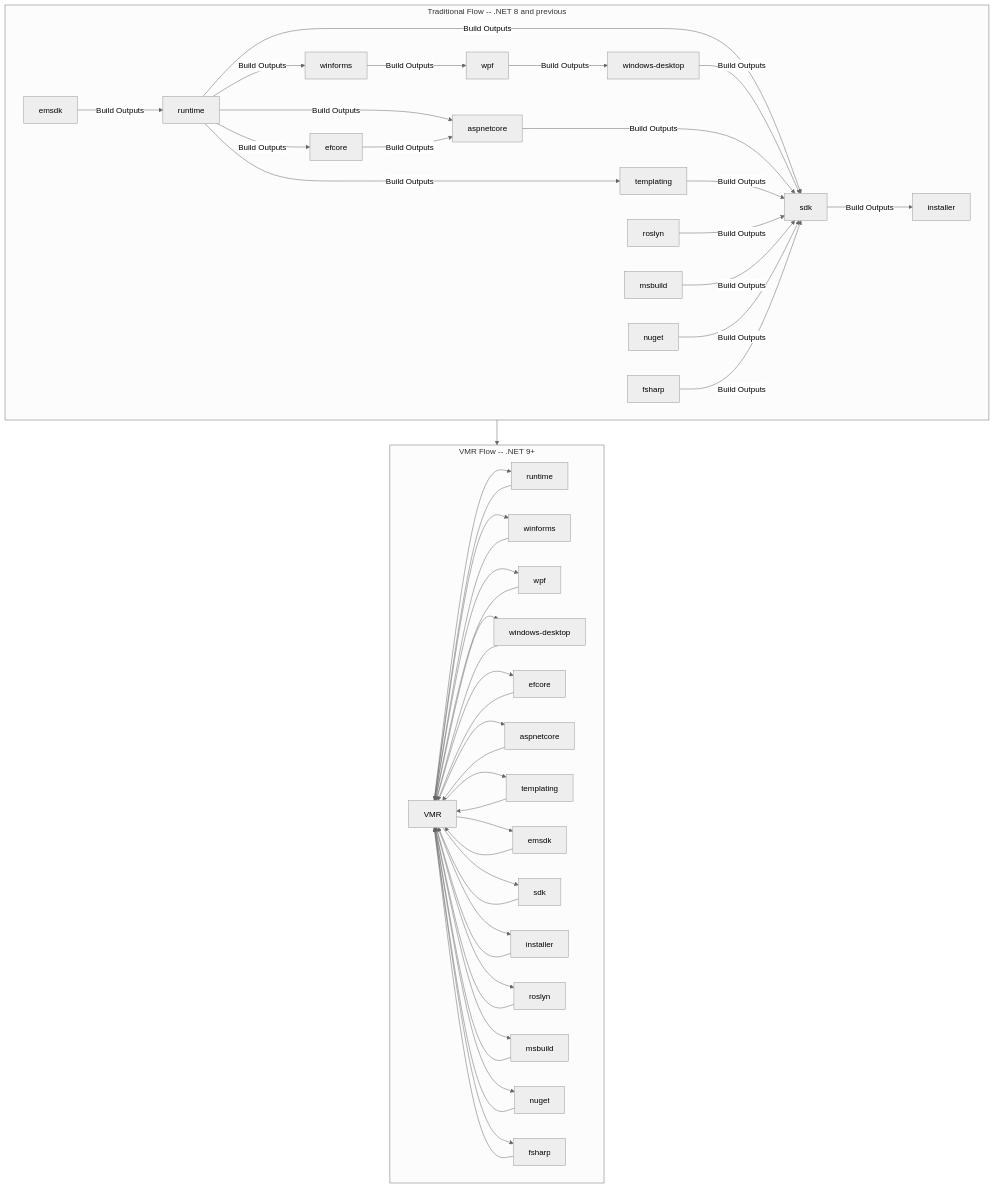
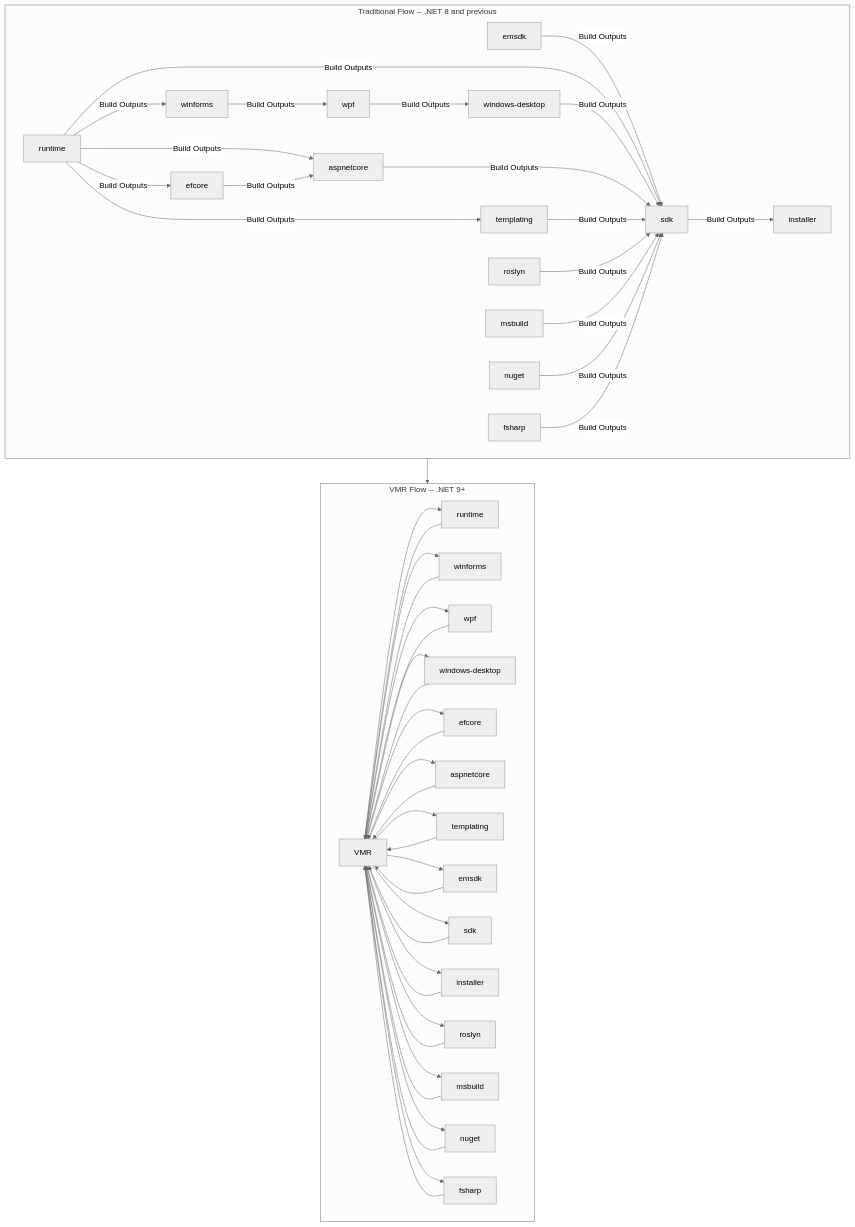
The first of 5 diagrams in Documentation/UnifiedBuild/VMR-Code-And-Build-Workflow.md (dotnet/arcade), drawn with Mermaid (neutral theme) before and after one commit. The commit also changed 2 other files, not shown here.

Commit message:
Fix emsdk flow to sdk in create-preview-flow.ps1 and docs
emsdk now flows to the sdk repo instead of runtime.

```diff
--- a/Documentation/UnifiedBuild/VMR-Code-And-Build-Workflow.md
+++ b/Documentation/UnifiedBuild/VMR-Code-And-Build-Workflow.md
@@ -22,7 +22,7 @@
         tradNuGet[nuget]
         tradFSharp[fsharp]
 
-        tradEmsdk-->|Build Outputs|tradRuntime
+        tradEmsdk-->|Build Outputs|tradSDK
         tradRuntime-->|Build Outputs|tradWinforms
         tradRuntime-->|Build Outputs|tradTemplating
         tradRuntime-->|Build Outputs|tradSDK
```
